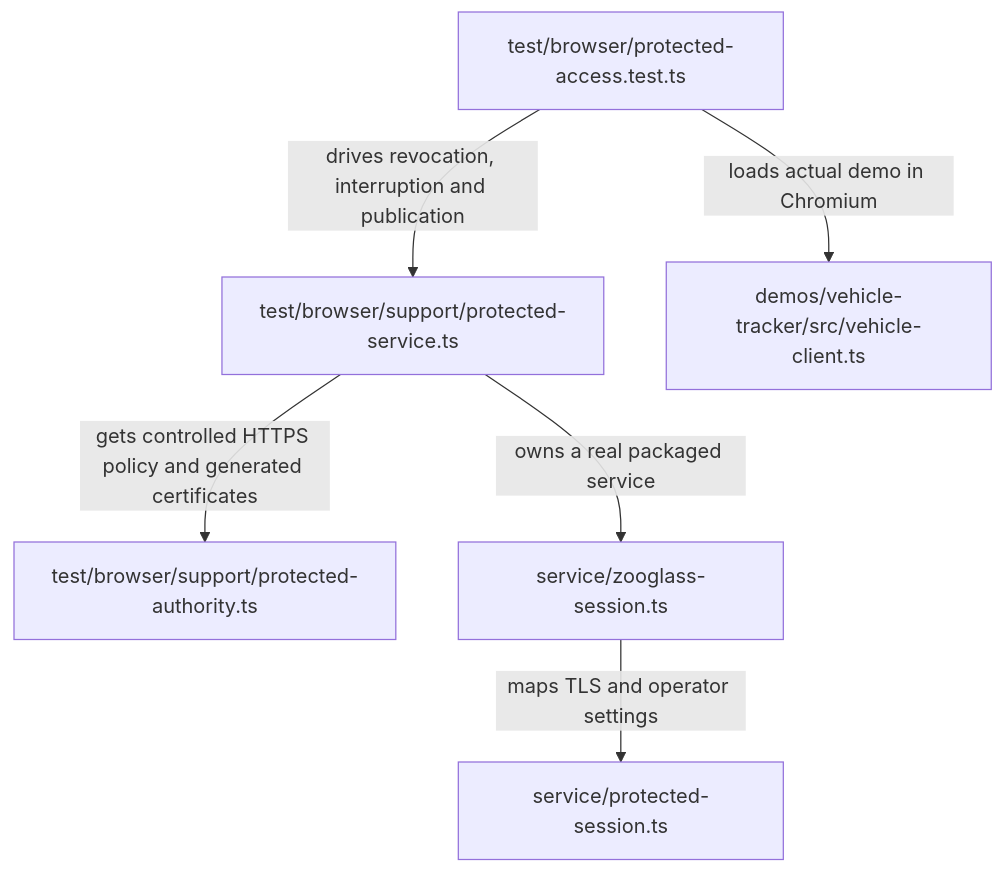
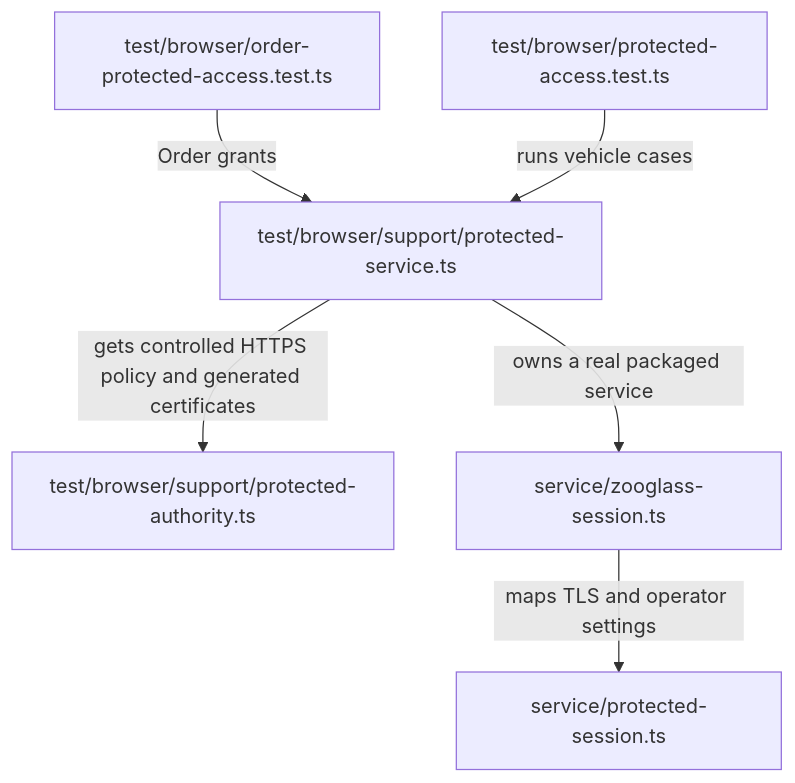
Before and after one commit to sproates/zooglass: diagram 11 of 14 in workbench/docs/source-map.md, drawn with Mermaid. The commit also changed other lines of this file and 151 other files, not shown here.

First line of the commit message:
Deliver Order and Sports demos with acceptance evidence (#170)

````diff
--- a/workbench/docs/source-map.md
+++ b/workbench/docs/source-map.md
@@ -421,14 +493,13 @@
 ```mermaid
 flowchart TB
   acceptance["test/browser/protected-access.test.ts"]
   fixture["test/browser/support/protected-service.ts"]
   authority["test/browser/support/protected-authority.ts"]
   session["service/zooglass-session.ts"]
   settings["service/protected-session.ts"]
-  client["demos/vehicle-tracker/src/vehicle-client.ts"]
-  acceptance -->|drives revocation, interruption and publication| fixture
-  acceptance -->|loads actual demo in Chromium| client
+  orders["test/browser/order-protected-access.test.ts"] -->|Order grants| fixture
+  acceptance -->|runs vehicle cases| fixture
   fixture -->|gets controlled HTTPS policy and generated certificates| authority
   fixture -->|owns a real packaged service| session
   session -->|maps TLS and operator settings| settings
 ```
````
